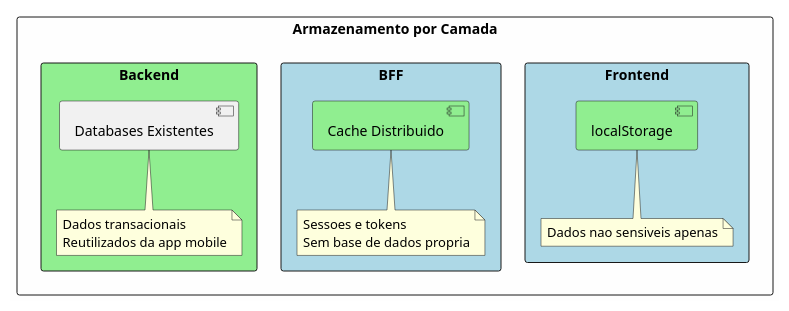
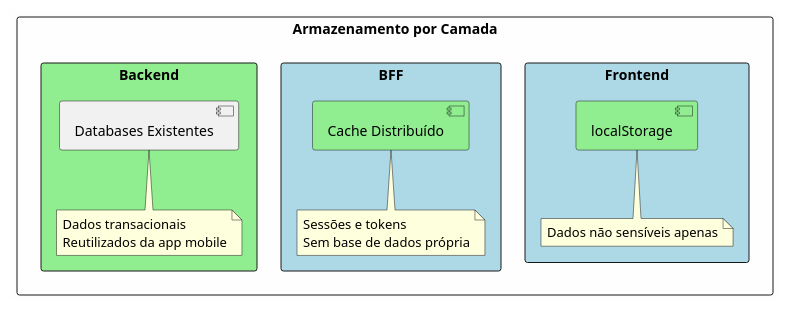
Before and after one commit to beduardo/novobanco_website_doc: the second of 3 diagrams in current/sections/SEC-06-arquitetura-dados.md, drawn with PlantUML. The commit also changed other lines of this file and 182 other files, not shown here.

````diff
--- a/current/sections/SEC-06-arquitetura-dados.md
+++ b/current/sections/SEC-06-arquitetura-dados.md
@@ -104,23 +104,23 @@
 ```plantuml
 @startuml
 skinparam backgroundColor #FEFEFE
 
 rectangle "Armazenamento por Camada" {
     rectangle "Frontend" #LightBlue {
         [localStorage] #LightGreen
-        note bottom : Dados nao sensiveis apenas
+        note bottom : Dados não sensíveis apenas
     }
 
     rectangle "BFF" #LightBlue {
-        [Cache Distribuido] #LightGreen
-        note bottom : Sessoes e tokens\nSem base de dados propria
+        [Cache Distribuído] #LightGreen
+        note bottom : Sessões e tokens\nSem base de dados própria
     }
 
     rectangle "Backend" #LightGreen {
         [Databases Existentes]
         note bottom : Dados transacionais\nReutilizados da app mobile
     }
 }
 
 @enduml
 ```
````
